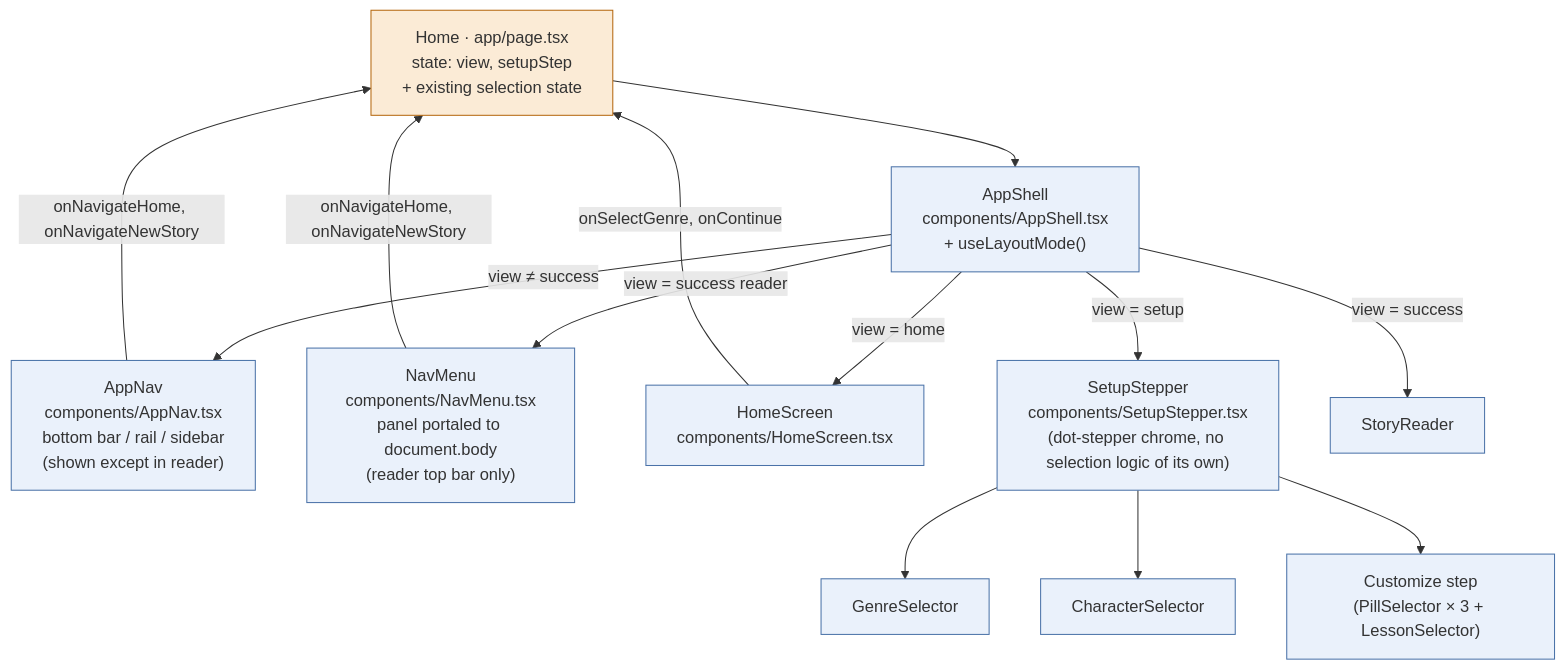
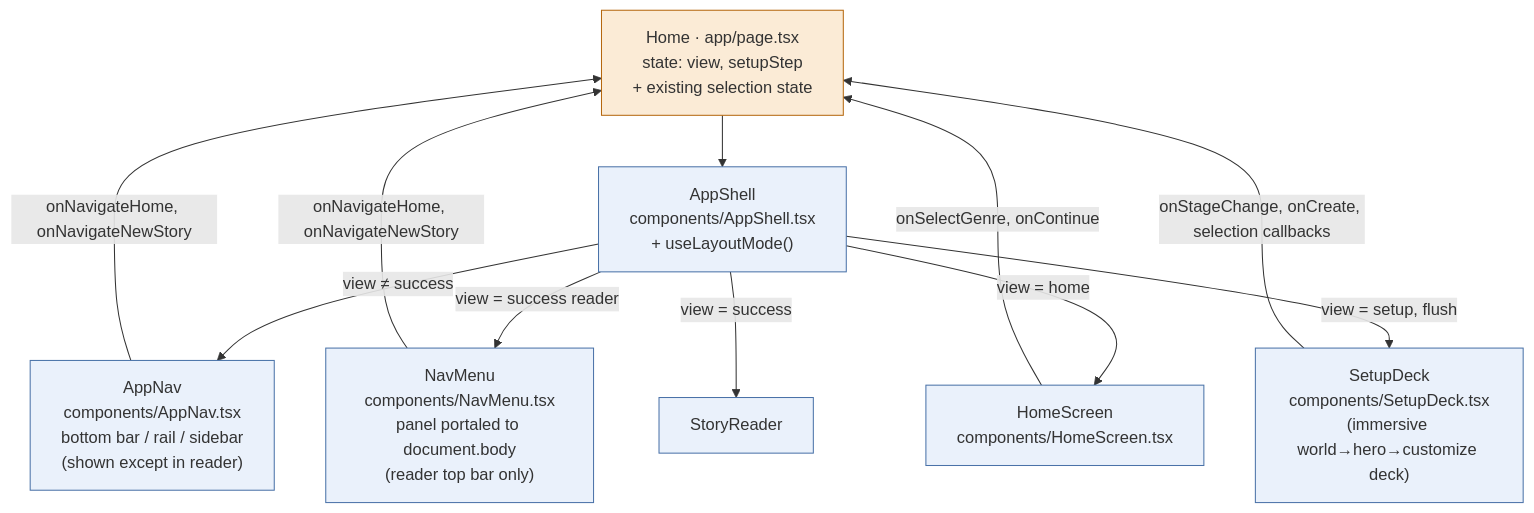
The sixth of 8 diagrams in docs/architecture.md (aio-studios/children-story-app), drawn with Mermaid before and after one commit. The commit also changed other lines of this file and 41 other files, not shown here.

````diff
--- a/docs/architecture.md
+++ b/docs/architecture.md
@@ -298,31 +291,26 @@
 ```mermaid
 graph TD
   Page["Home · app/page.tsx<br/>state: view, setupStep<br/>+ existing selection state"]
   Shell["AppShell<br/>components/AppShell.tsx<br/>+ useLayoutMode()"]
   AppNav["AppNav<br/>components/AppNav.tsx<br/>bottom bar / rail / sidebar<br/>(shown except in reader)"]
   Nav["NavMenu<br/>components/NavMenu.tsx<br/>panel portaled to document.body<br/>(reader top bar only)"]
   HS["HomeScreen<br/>components/HomeScreen.tsx"]
-  Stepper["SetupStepper<br/>components/SetupStepper.tsx<br/>(dot-stepper chrome, no selection logic of its own)"]
-  GS["GenreSelector"]
-  CS["CharacterSelector"]
-  Cust["Customize step<br/>(PillSelector × 3 + LessonSelector)"]
+  Deck["SetupDeck<br/>components/SetupDeck.tsx<br/>(immersive world→hero→customize deck)"]
   SR["StoryReader"]
 
   Page --> Shell
   Shell -->|view ≠ success| AppNav
   Shell -->|view = success reader| Nav
   Shell -->|view = home| HS
-  Shell -->|view = setup| Stepper
+  Shell -->|view = setup, flush| Deck
   Shell -->|view = success| SR
-  Stepper --> GS
-  Stepper --> CS
-  Stepper --> Cust
   HS -->|onSelectGenre, onContinue| Page
+  Deck -->|onStageChange, onCreate, selection callbacks| Page
   AppNav -->|onNavigateHome, onNavigateNewStory| Page
   Nav -->|onNavigateHome, onNavigateNewStory| Page
 
   classDef stateful fill:#FBEBD6,stroke:#B5670E;
   classDef plain fill:#EAF1FB,stroke:#4A72A8;
   class Page stateful;
-  class Shell,AppNav,Nav,HS,Stepper,GS,CS,Cust,SR plain;
+  class Shell,AppNav,Nav,HS,Deck,SR plain;
 ```
````
